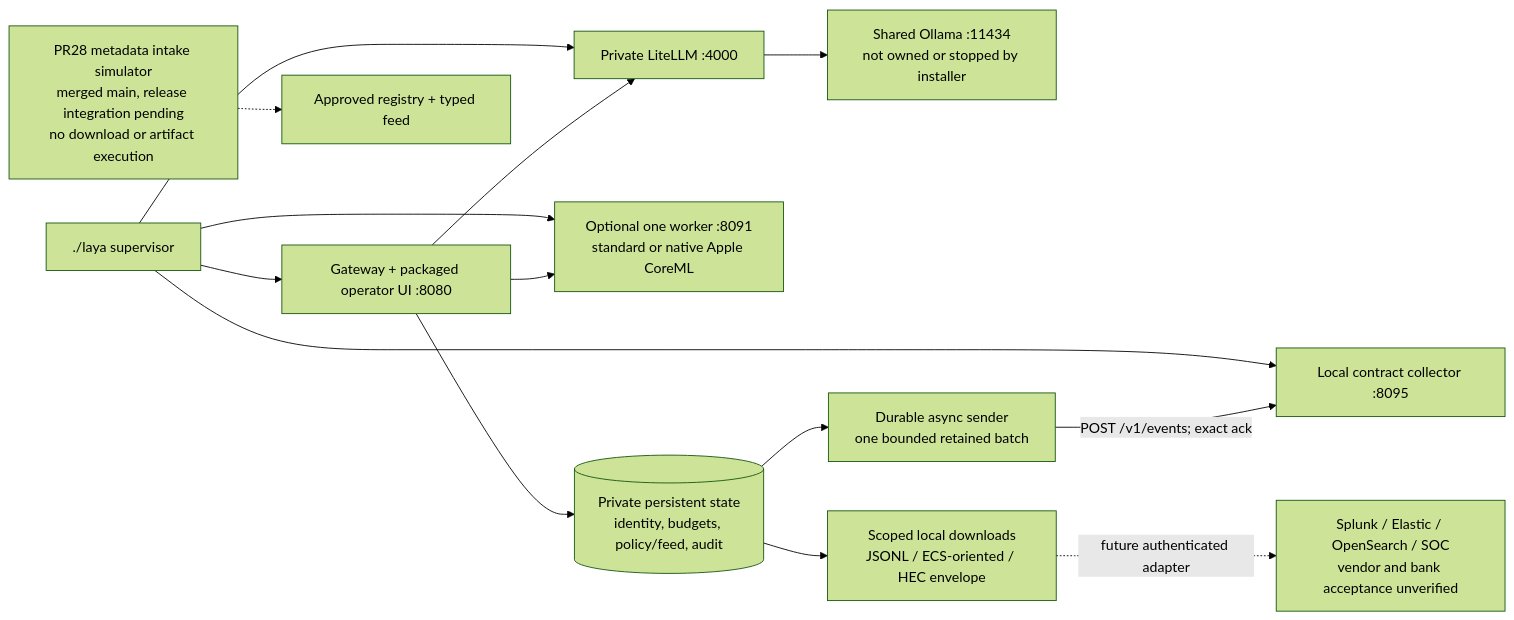
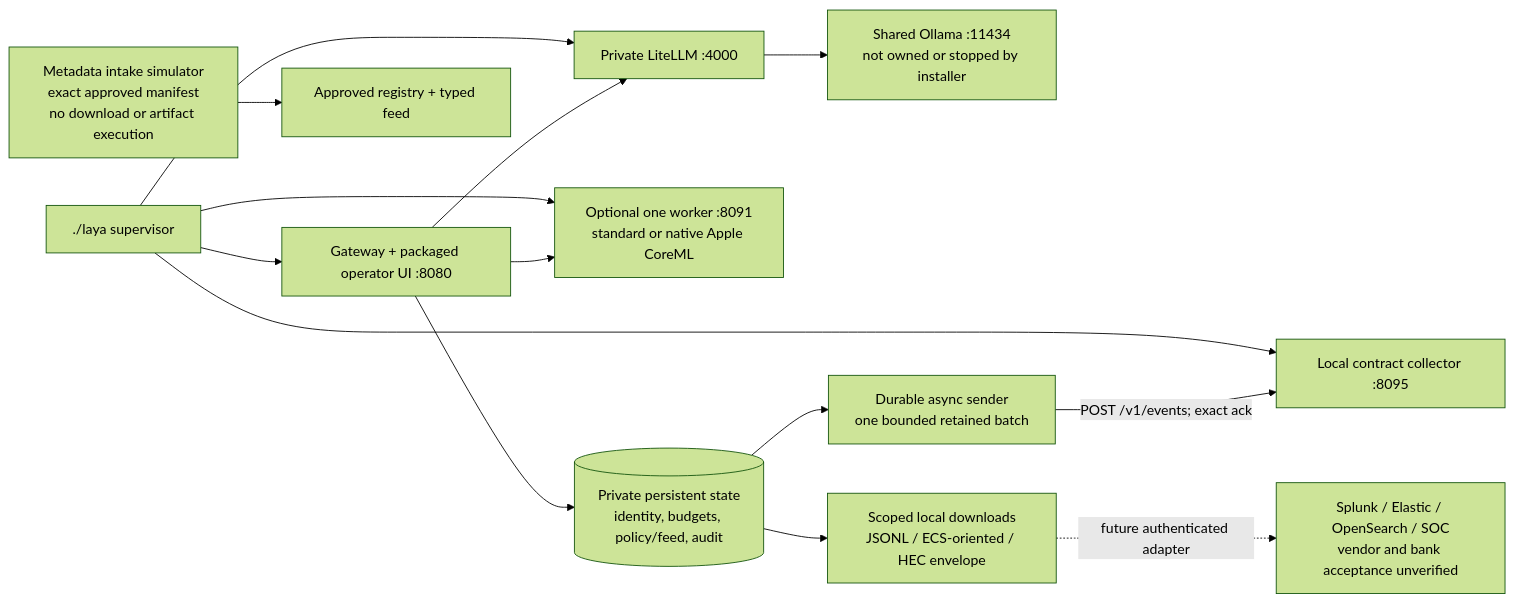
Before and after one commit to bsisduck/laya-layer: the second of 3 diagrams in docs/architecture.md, drawn with Mermaid (forest theme). The commit also changed other lines of this file and 15 other files, not shown here.

````diff
--- a/docs/architecture.md
+++ b/docs/architecture.md
@@ -63,24 +63,24 @@
 ```mermaid
 flowchart LR
     Launcher["./laya supervisor"] --> Gateway["Gateway + packaged operator UI :8080"]
     Launcher --> Proxy["Private LiteLLM :4000"]
     Launcher --> Collector["Local contract collector :8095"]
     Launcher --> Worker["Optional one worker :8091
 standard or native Apple CoreML"]
     Gateway --> Proxy
     Gateway --> Worker
     Proxy --> Gen["Shared Ollama :11434
 not owned or stopped by installer"]
     Gateway --> State[("Private persistent state
 identity, budgets, policy/feed, audit")]
     State --> Sender["Durable async sender
 one bounded retained batch"]
     Sender -->|"POST /v1/events; exact ack"| Collector
     State --> Files["Scoped local downloads
 JSONL / ECS-oriented / HEC envelope"]
     Files -. "future authenticated adapter" .-> SIEM["Splunk / Elastic / OpenSearch / SOC
 vendor and bank acceptance unverified"]
-    Intake["PR28 metadata intake simulator
-merged main, release integration pending
-no download or artifact execution"] -.-> Rules["Approved registry + typed feed"]
+    Intake["Metadata intake simulator
+exact approved manifest
+no download or artifact execution"] --> Rules["Approved registry + typed feed"]
 ```
````
